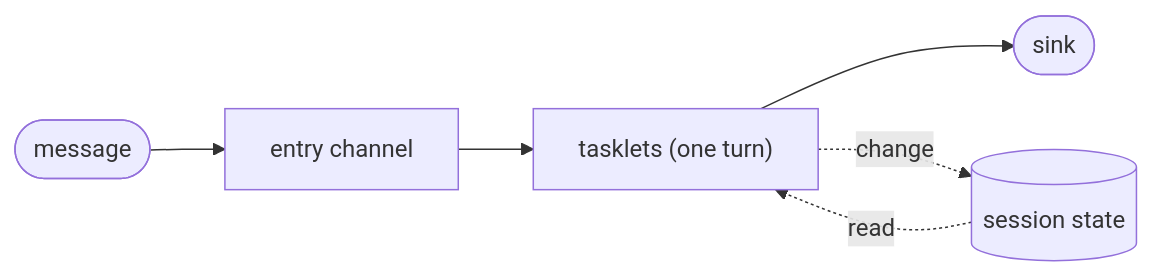
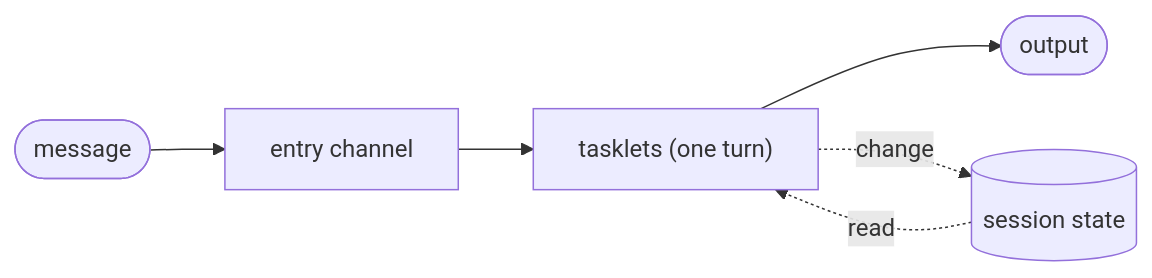
Before and after one commit to Flezha/flezha: the diagram in priv/ai_kit/docs/sessions.md, drawn with Mermaid. The commit also changed other lines of this file and 236 other files, not shown here.

First line of the commit message:
Call a relay's exit an output instead of a sink

````diff
--- a/priv/ai_kit/docs/sessions.md
+++ b/priv/ai_kit/docs/sessions.md
@@ -15,6 +15,6 @@
 ```mermaid
 flowchart LR
-    M(["message"]) --> E["entry channel"] --> T["tasklets (one turn)"] --> R(["sink"])
+    M(["message"]) --> E["entry channel"] --> T["tasklets (one turn)"] --> R(["output"])
     T -. "change" .-> S[("session state")]
     S -. "read" .-> T
 ```
````
